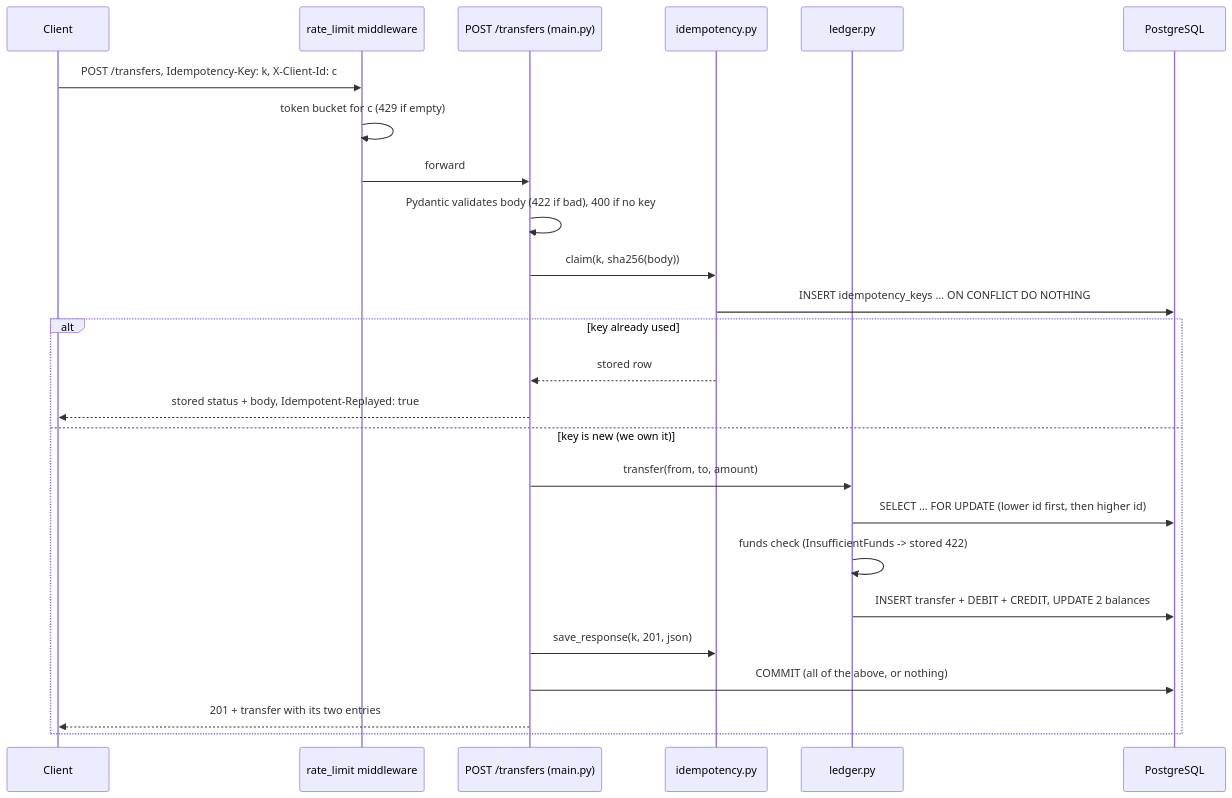
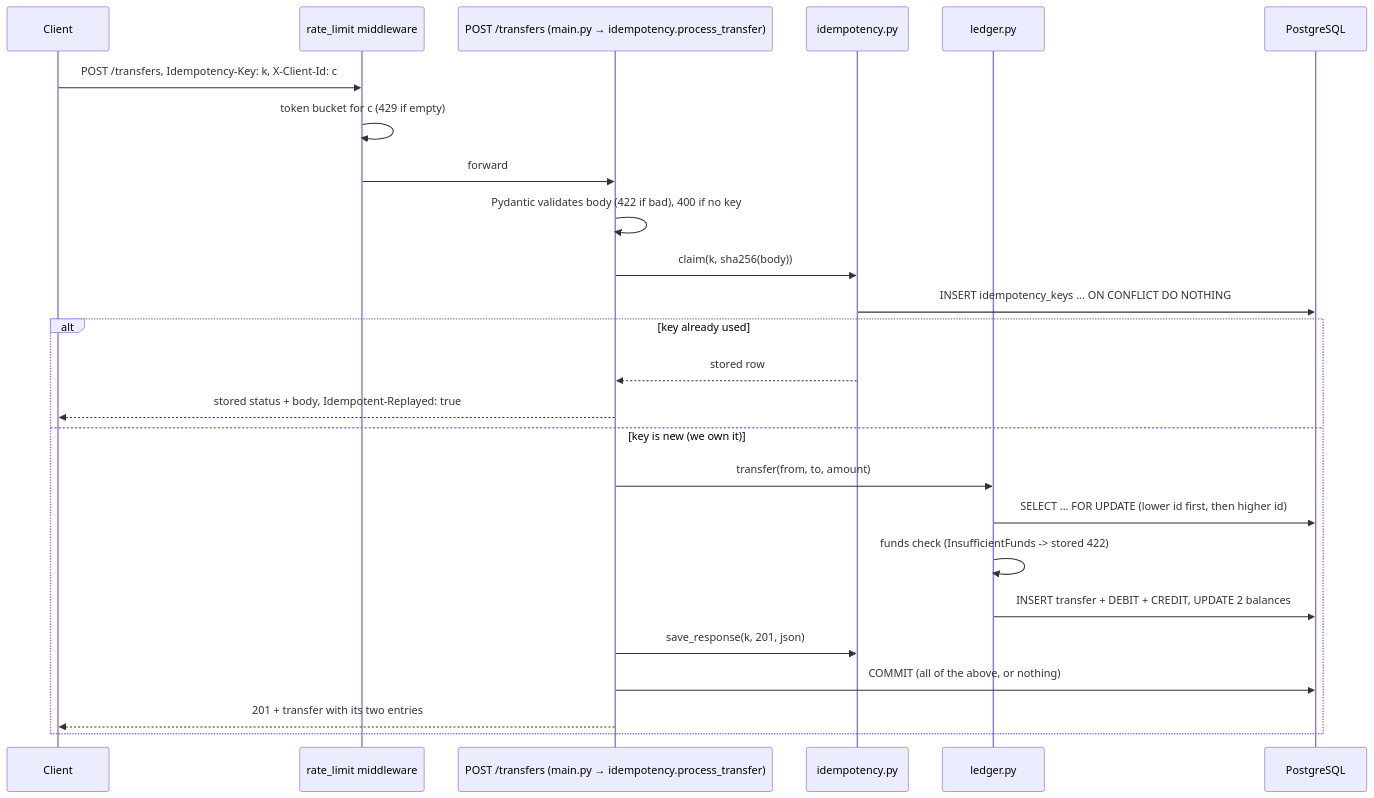
Before and after one commit to KARNATI-SREERAM/payment-ledger: the diagram in LEARNING.md, drawn with Mermaid. The commit also changed other lines of this file and 14 other files, not shown here.

````diff
--- a/LEARNING.md
+++ b/LEARNING.md
@@ -24,27 +24,27 @@
 ```mermaid
 sequenceDiagram
     participant C as Client
     participant M as rate_limit middleware
-    participant R as POST /transfers (main.py)
+    participant R as POST /transfers (main.py → idempotency.process_transfer)
     participant I as idempotency.py
     participant L as ledger.py
     participant DB as PostgreSQL
     C->>M: POST /transfers, Idempotency-Key: k, X-Client-Id: c
     M->>M: token bucket for c (429 if empty)
     M->>R: forward
     R->>R: Pydantic validates body (422 if bad), 400 if no key
     R->>I: claim(k, sha256(body))
     I->>DB: INSERT idempotency_keys ... ON CONFLICT DO NOTHING
     alt key already used
         I-->>R: stored row
         R-->>C: stored status + body, Idempotent-Replayed: true
     else key is new (we own it)
         R->>L: transfer(from, to, amount)
         L->>DB: SELECT ... FOR UPDATE (lower id first, then higher id)
         L->>L: funds check (InsufficientFunds -> stored 422)
         L->>DB: INSERT transfer + DEBIT + CREDIT, UPDATE 2 balances
         R->>I: save_response(k, 201, json)
         R->>DB: COMMIT (all of the above, or nothing)
         R-->>C: 201 + transfer with its two entries
     end
 ```
````
